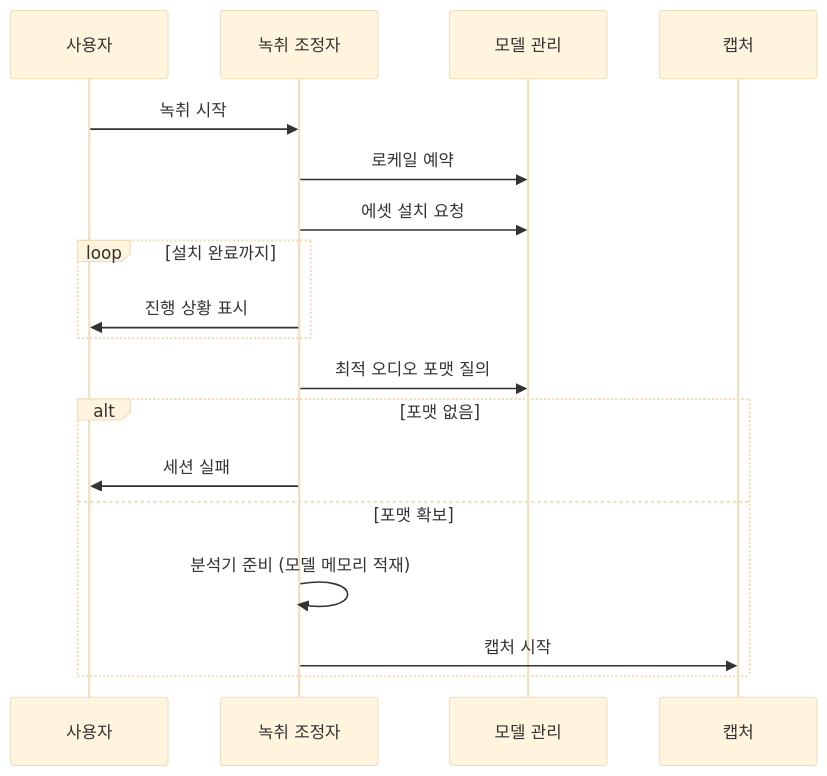
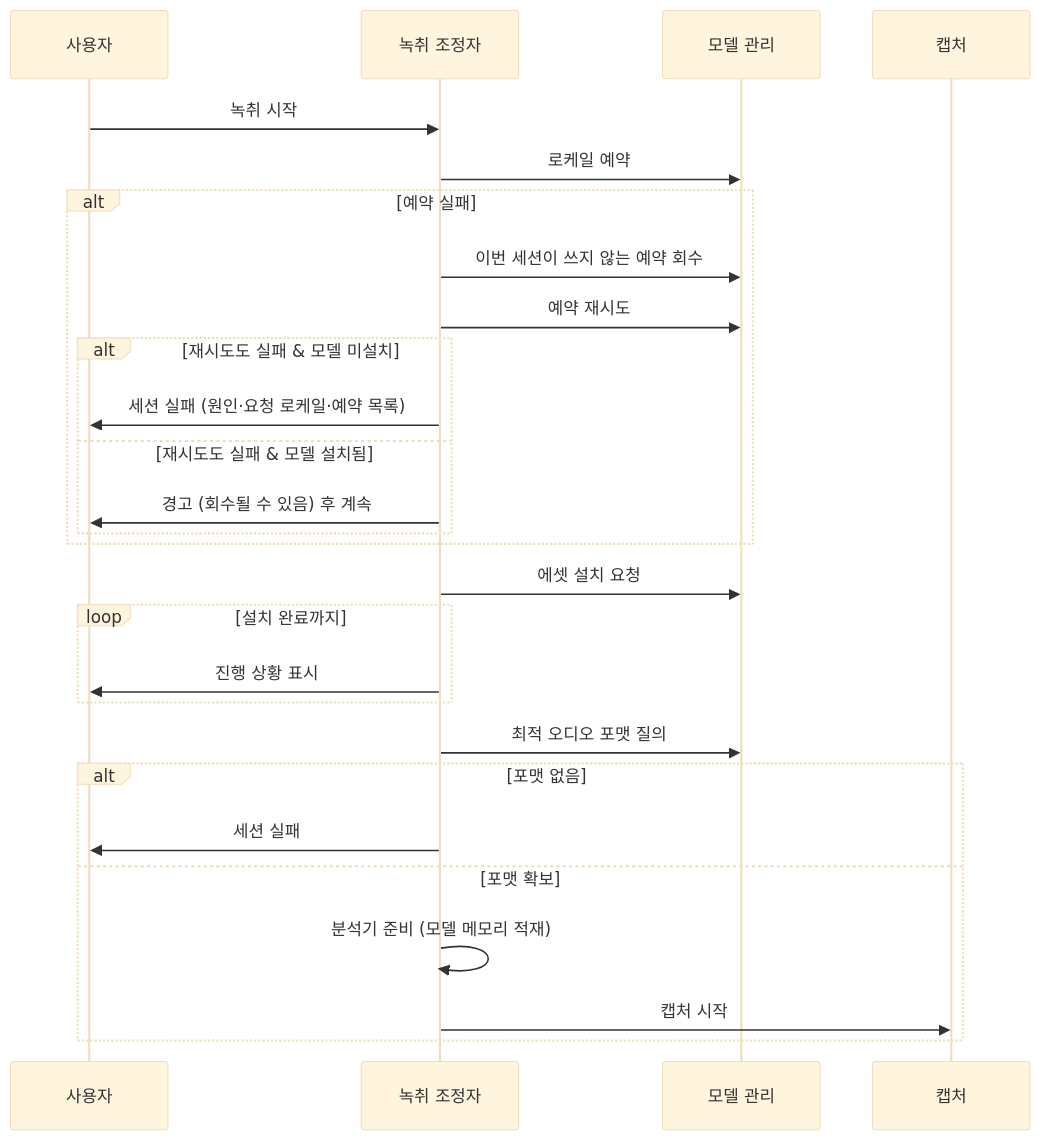
The diagram in docs/adr/transcription/0003-model-provisioning-gate.md (haandol/scribird), drawn with Mermaid (base theme) before and after one commit. The commit also changed other lines of this file and 5 other files, not shown here.

````diff
--- a/docs/adr/transcription/0003-model-provisioning-gate.md
+++ b/docs/adr/transcription/0003-model-provisioning-gate.md
@@ -55,21 +96,30 @@
 ```mermaid
 sequenceDiagram
     participant U as 사용자
     participant R as 녹취 조정자
     participant M as 모델 관리
     participant C as 캡처
 
     U->>R: 녹취 시작
     R->>M: 로케일 예약
+    alt 예약 실패
+        R->>M: 이번 세션이 쓰지 않는 예약 회수
+        R->>M: 예약 재시도
+        alt 재시도도 실패 & 모델 미설치
+            R->>U: 세션 실패 (원인·요청 로케일·예약 목록)
+        else 재시도도 실패 & 모델 설치됨
+            R->>U: 경고 (회수될 수 있음) 후 계속
+        end
+    end
     R->>M: 에셋 설치 요청
     loop 설치 완료까지
         R->>U: 진행 상황 표시
     end
     R->>M: 최적 오디오 포맷 질의
     alt 포맷 없음
         R->>U: 세션 실패
     else 포맷 확보
         R->>R: 분석기 준비 (모델 메모리 적재)
         R->>C: 캡처 시작
     end
 ```
````
